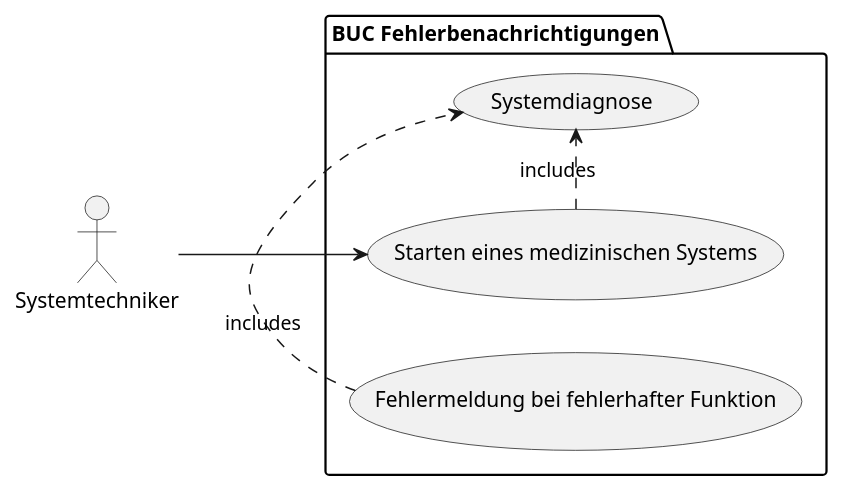
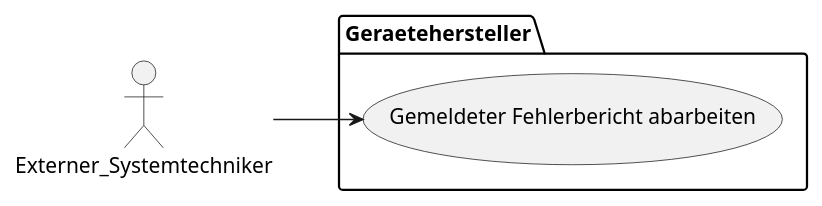
The seventh of 9 diagrams in docs/2_planning/1_business_use_cases.md (helenlaible/ss23-kba-project), drawn with PlantUML before and after one commit. The commit also changed other lines of this file, not shown here.

````diff
--- a/docs/2_planning/1_business_use_cases.md
+++ b/docs/2_planning/1_business_use_cases.md
@@ -217,16 +217,11 @@
-```plantuml BUC Fehlerbenachrichtigungen
+```plantuml BUC Geraetehersteller
+@startuml
 left to right direction
-
-actor "Systemtechniker" as technician
-
-package "BUC Fehlerbenachrichtigungen" {
-  usecase "Starten eines medizinischen Systems" as UC1
-  usecase "Systemdiagnose" as UC2
-  usecase "Fehlermeldung bei fehlerhafter Funktion" as UC3
+actor Externer_Systemtechniker as es
+package Geraetehersteller {
+  usecase "Gemeldeter Fehlerbericht abarbeiten" as UC1
 }
 
-technician --> UC1
-
-(UC1) .> (UC2) : includes
-(UC3) .> (UC2) : includes
+es --> UC1
+@enduml
 ```
````
